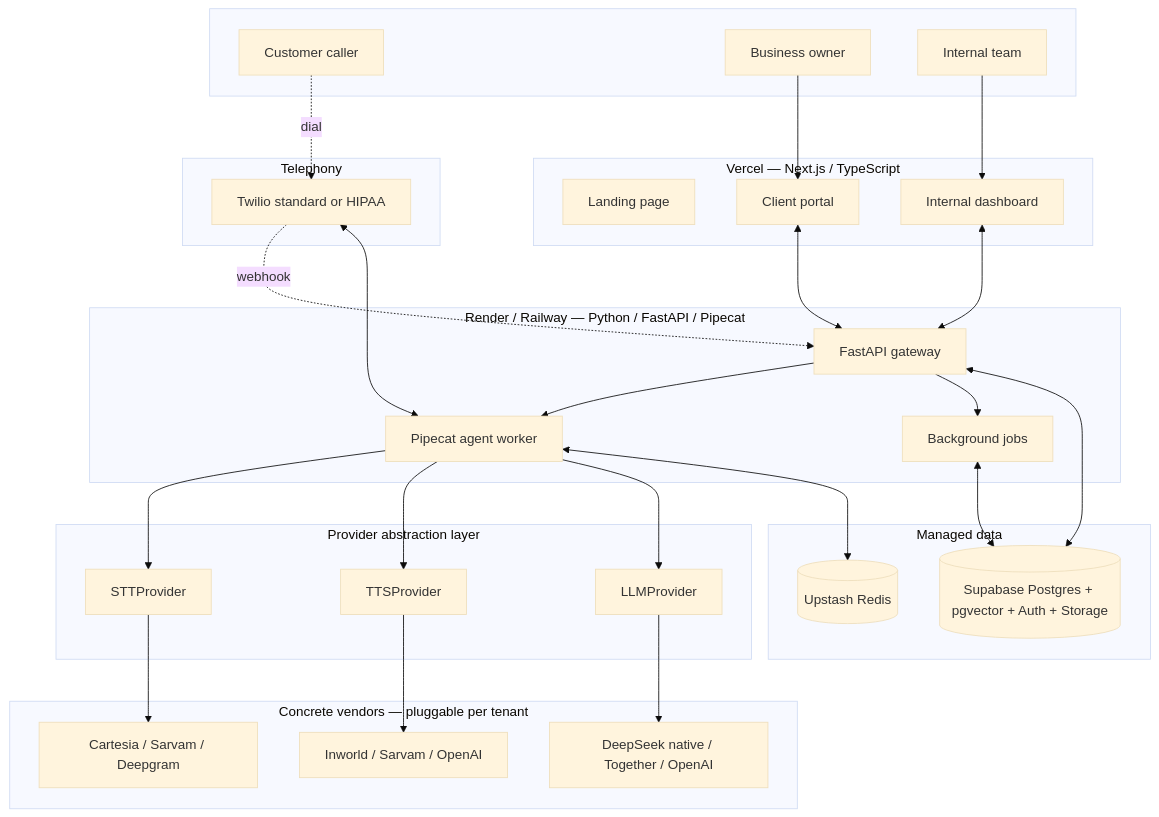
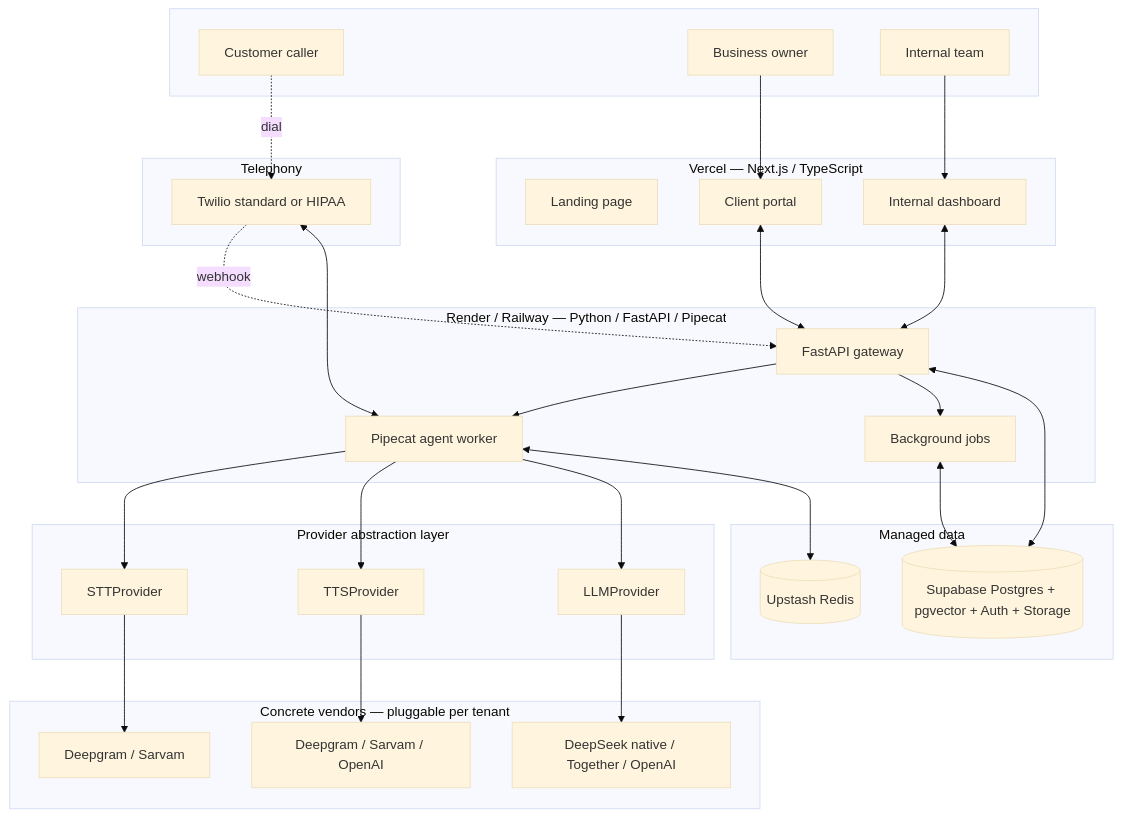
The first of 4 diagrams in docs/design.md (Shubhamraj8/ai-voice), drawn with Mermaid (base theme) before and after one commit. The commit also changed other lines of this file and 4 other files, not shown here.

````diff
--- a/docs/design.md
+++ b/docs/design.md
@@ -71,60 +71,60 @@
 ```mermaid
 flowchart TB
     subgraph Users[" "]
         Caller[Customer caller]
         Owner[Business owner]
         Team[Internal team]
     end
 
     subgraph Vercel["Vercel — Next.js / TypeScript"]
         Landing[Landing page]
         Internal[Internal dashboard]
         Portal[Client portal]
     end
 
     subgraph Backend["Render / Railway — Python / FastAPI / Pipecat"]
         API[FastAPI gateway]
         Agent[Pipecat agent worker]
         Jobs[Background jobs]
     end
 
     subgraph Providers["Provider abstraction layer"]
         STT[STTProvider]
         TTS[TTSProvider]
         LLM[LLMProvider]
     end
 
     subgraph Concrete["Concrete vendors — pluggable per tenant"]
-        Car[Cartesia / Sarvam / Deepgram]
-        Inw[Inworld / Sarvam / OpenAI]
+        DG[Deepgram / Sarvam]
+        DG2[Deepgram / Sarvam / OpenAI]
         DS[DeepSeek native / Together / OpenAI]
     end
 
     subgraph Data["Managed data"]
         SB[(Supabase Postgres + pgvector + Auth + Storage)]
         Up[(Upstash Redis)]
     end
 
     subgraph Tel["Telephony"]
         Tw[Twilio standard or HIPAA]
     end
 
     Owner --> Portal
     Team --> Internal
     Caller -.dial.-> Tw
     Tw -.webhook.-> API
     Portal <--> API
     Internal <--> API
     API --> Agent
     API --> Jobs
     Agent --> STT
     Agent --> TTS
     Agent --> LLM
-    STT --> Car
-    TTS --> Inw
+    STT --> DG
+    TTS --> DG2
     LLM --> DS
     Agent <--> Tw
     API <--> SB
     Agent <--> Up
     Jobs <--> SB
 ```
````
